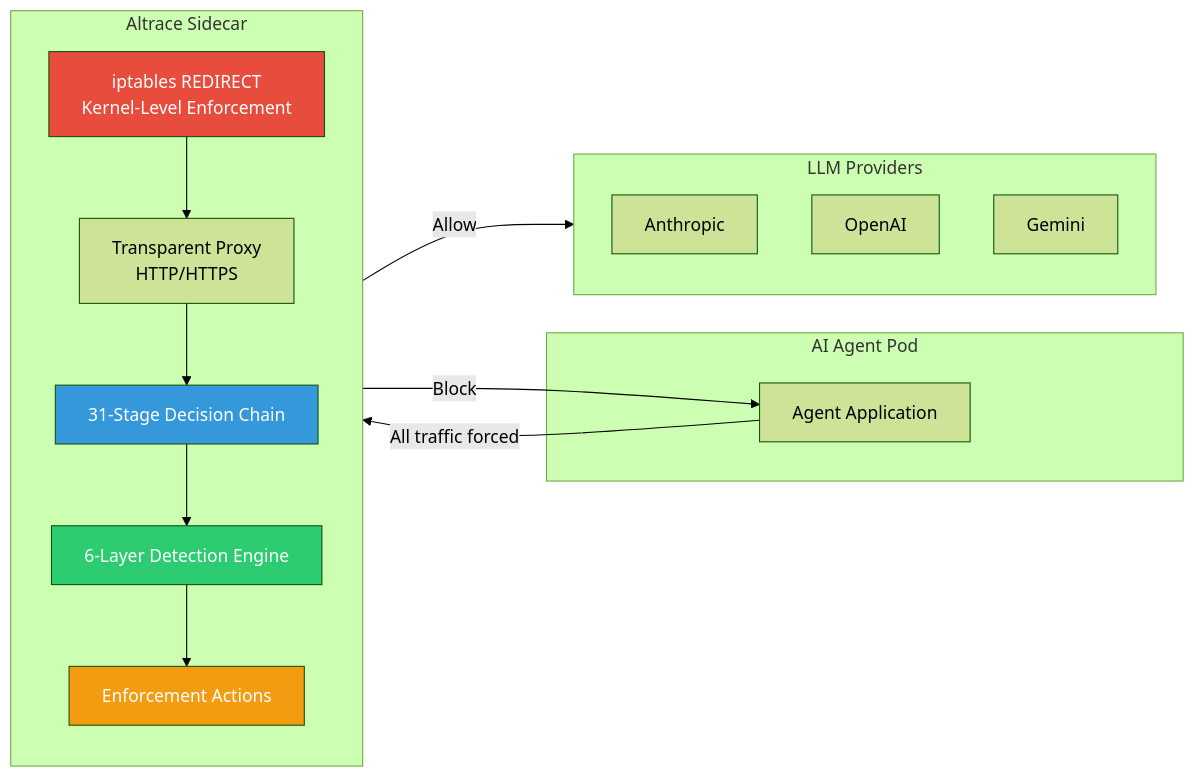
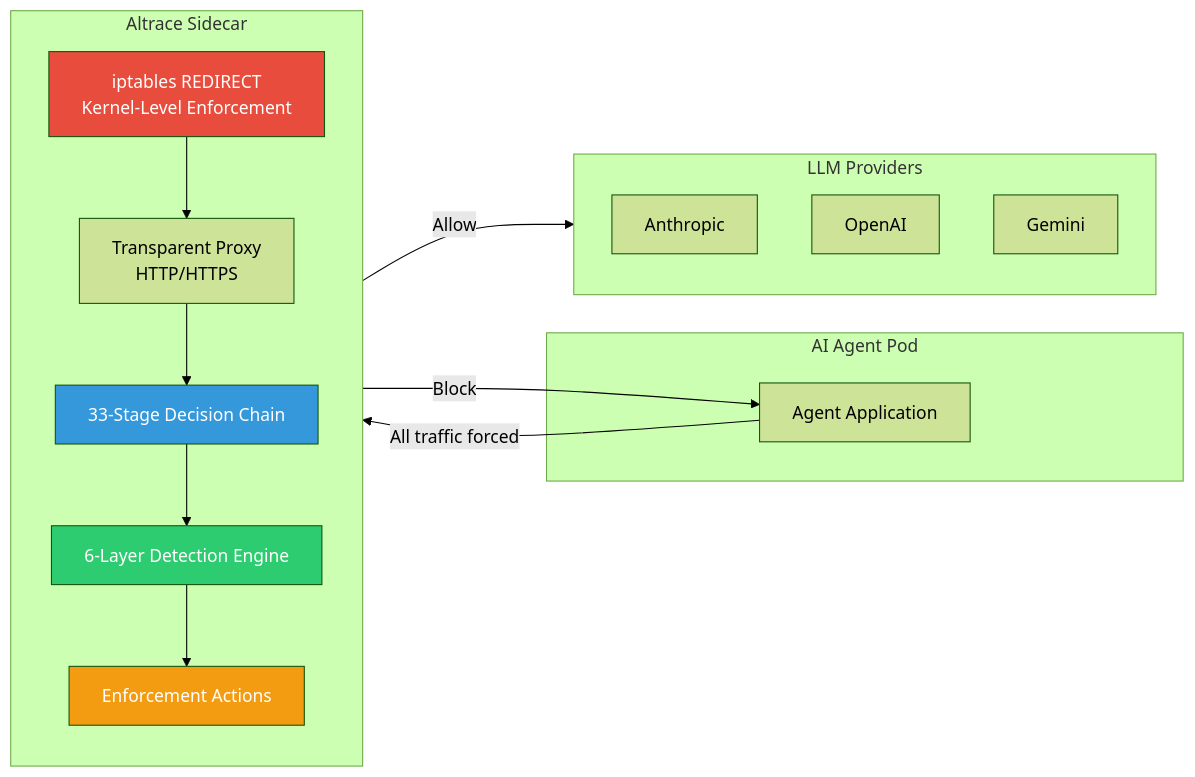
The first of 6 diagrams in site/assets/architecture-diagram.md (k4rthiknerella/altrace-web), drawn with Mermaid (forest theme) before and after one commit. The commit also changed other lines of this file and 1 other file, not shown here.

First line of the commit message:
docs: sync with agent sprint — 299+ patterns, 33-stage chain, Cisco framework

````diff
--- a/site/assets/architecture-diagram.md
+++ b/site/assets/architecture-diagram.md
@@ -5,34 +5,34 @@
 ```mermaid
 flowchart LR
     subgraph Agent["AI Agent Pod"]
         A[Agent Application]
     end
 
     subgraph Altrace["Altrace Sidecar"]
         direction TB
         IPT[iptables REDIRECT<br/>Kernel-Level Enforcement]
         PROXY[Transparent Proxy<br/>HTTP/HTTPS]
-        CHAIN[31-Stage Decision Chain]
+        CHAIN[33-Stage Decision Chain]
         DETECT[6-Layer Detection Engine]
         ENF[Enforcement Actions]
     end
 
     subgraph Providers["LLM Providers"]
         ANT[Anthropic]
         OAI[OpenAI]
         GEM[Gemini]
     end
 
     A -->|All traffic forced| IPT
     IPT --> PROXY
     PROXY --> CHAIN
     CHAIN --> DETECT
     DETECT --> ENF
     ENF -->|Allow| Providers
     ENF -->|Block| A
 
     style IPT fill:#e74c3c,color:#fff
     style CHAIN fill:#3498db,color:#fff
     style DETECT fill:#2ecc71,color:#fff
     style ENF fill:#f39c12,color:#fff
 ```
````
